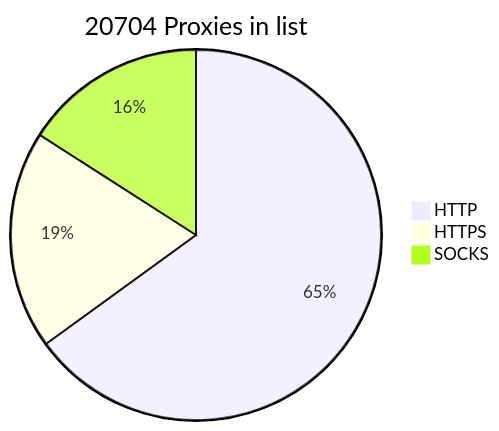
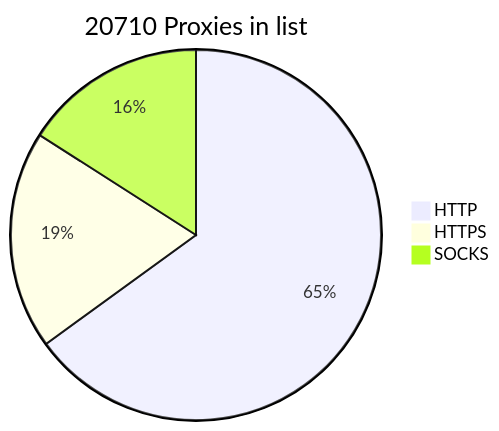
One commit to BlackSnowDot/proxylist-update-every-minute changed the diagram in README.md. Above: the diagram before and after it, drawn with Mermaid.

````diff
--- a/README.md
+++ b/README.md
@@ -2,6 +2,6 @@
 ```mermaid
-pie title 20704 Proxies in list
-    "HTTP" : 15199
-    "HTTPS": 4457
-    "SOCKS" : 3725
+pie title 20710 Proxies in list
+    "HTTP" : 15201
+    "HTTPS": 4456
+    "SOCKS" : 3729
 ```
````
